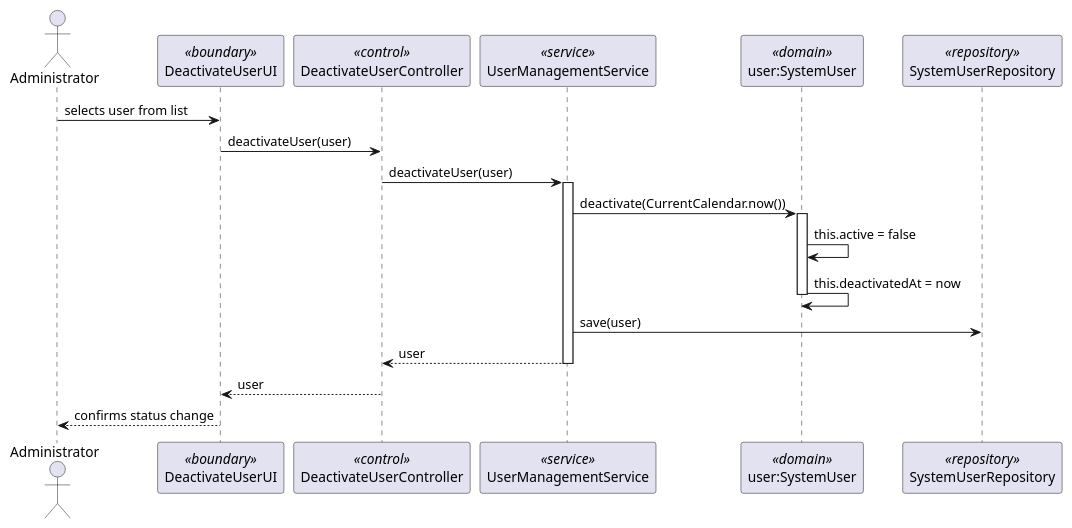
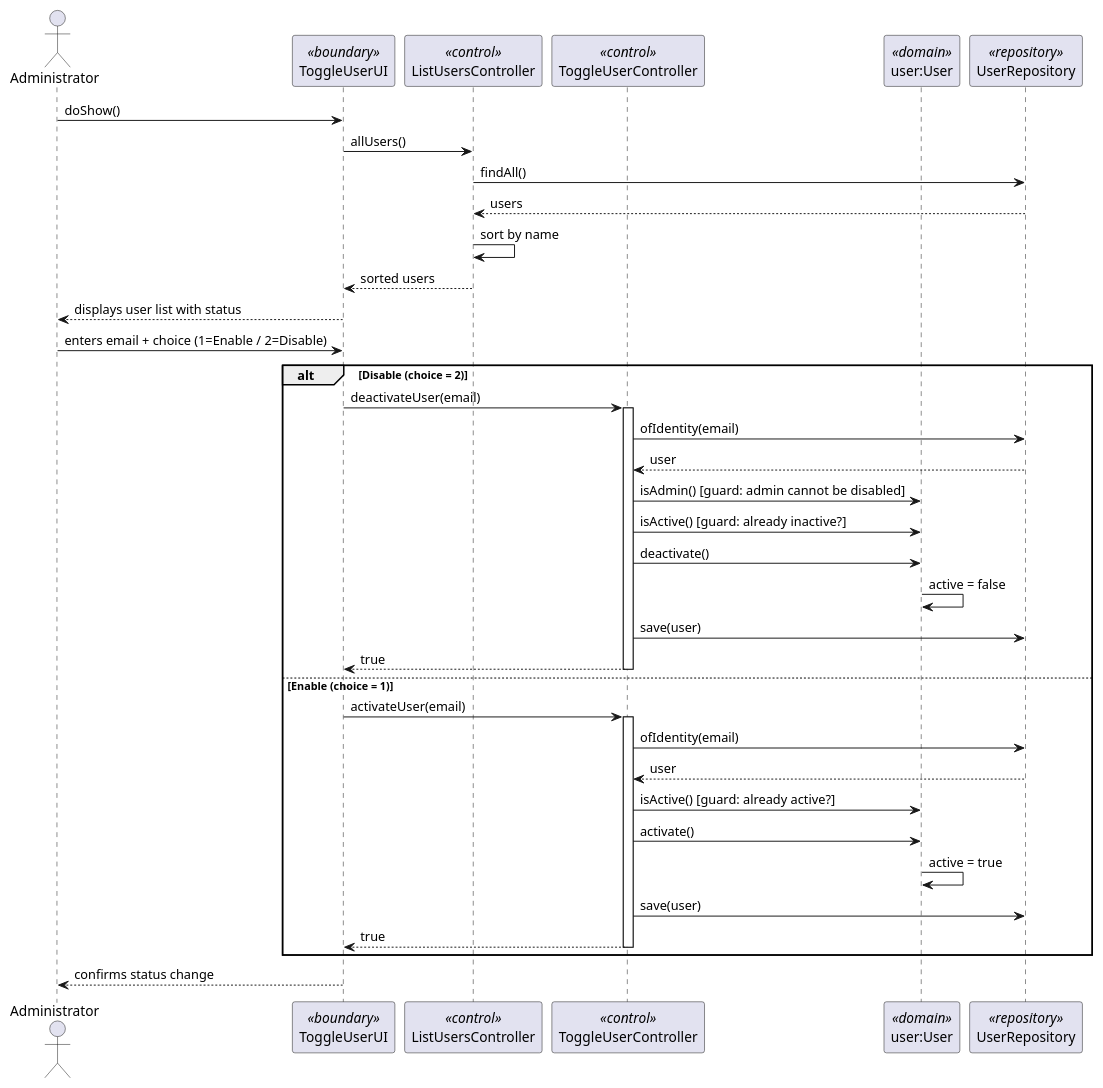
Before and after one commit to DuartePinto1240/sem4pi2526-sem4pi2526_2da2: the diagram in docs/Sprint 2/EAPLI/US032/puml/US032-sequence-diagram.puml, drawn with PlantUML. The commit also changed 16 other files, not shown here.

```diff
--- a/docs/Sprint 2/EAPLI/US032/puml/US032-sequence-diagram.puml
+++ b/docs/Sprint 2/EAPLI/US032/puml/US032-sequence-diagram.puml
@@ -1,26 +1,45 @@
 @startuml
 actor Administrator
-participant DeactivateUserUI as UI <<boundary>>
-participant DeactivateUserController as CTRL <<control>>
-participant UserManagementService as SVC <<service>>
-participant "user:SystemUser" as USER <<domain>>
-participant SystemUserRepository as REPO <<repository>>
+participant ToggleUserUI as UI <<boundary>>
+participant ListUsersController as LCTRL <<control>>
+participant ToggleUserController as TCTRL <<control>>
+participant "user:User" as USER <<domain>>
+participant UserRepository as REPO <<repository>>
 
-Administrator -> UI : selects user from list
-UI -> CTRL : deactivateUser(user)
-CTRL -> SVC : deactivateUser(user)
-activate SVC
+Administrator -> UI : doShow()
+UI -> LCTRL : allUsers()
+LCTRL -> REPO : findAll()
+REPO --> LCTRL : users
+LCTRL -> LCTRL : sort by name
+LCTRL --> UI : sorted users
+UI --> Administrator : displays user list with status
 
-SVC -> USER : deactivate(CurrentCalendar.now())
-activate USER
-USER -> USER : this.active = false
-USER -> USER : this.deactivatedAt = now
-deactivate USER
+Administrator -> UI : enters email + choice (1=Enable / 2=Disable)
 
-SVC -> REPO : save(user)
-SVC --> CTRL : user
-deactivate SVC
+alt Disable (choice = 2)
+    UI -> TCTRL : deactivateUser(email)
+    activate TCTRL
+    TCTRL -> REPO : ofIdentity(email)
+    REPO --> TCTRL : user
+    TCTRL -> USER : isAdmin() [guard: admin cannot be disabled]
+    TCTRL -> USER : isActive() [guard: already inactive?]
+    TCTRL -> USER : deactivate()
+    USER -> USER : active = false
+    TCTRL -> REPO : save(user)
+    TCTRL --> UI : true
+    deactivate TCTRL
+else Enable (choice = 1)
+    UI -> TCTRL : activateUser(email)
+    activate TCTRL
+    TCTRL -> REPO : ofIdentity(email)
+    REPO --> TCTRL : user
+    TCTRL -> USER : isActive() [guard: already active?]
+    TCTRL -> USER : activate()
+    USER -> USER : active = true
+    TCTRL -> REPO : save(user)
+    TCTRL --> UI : true
+    deactivate TCTRL
+end
 
-CTRL --> UI : user
 UI --> Administrator : confirms status change
 @enduml
```
